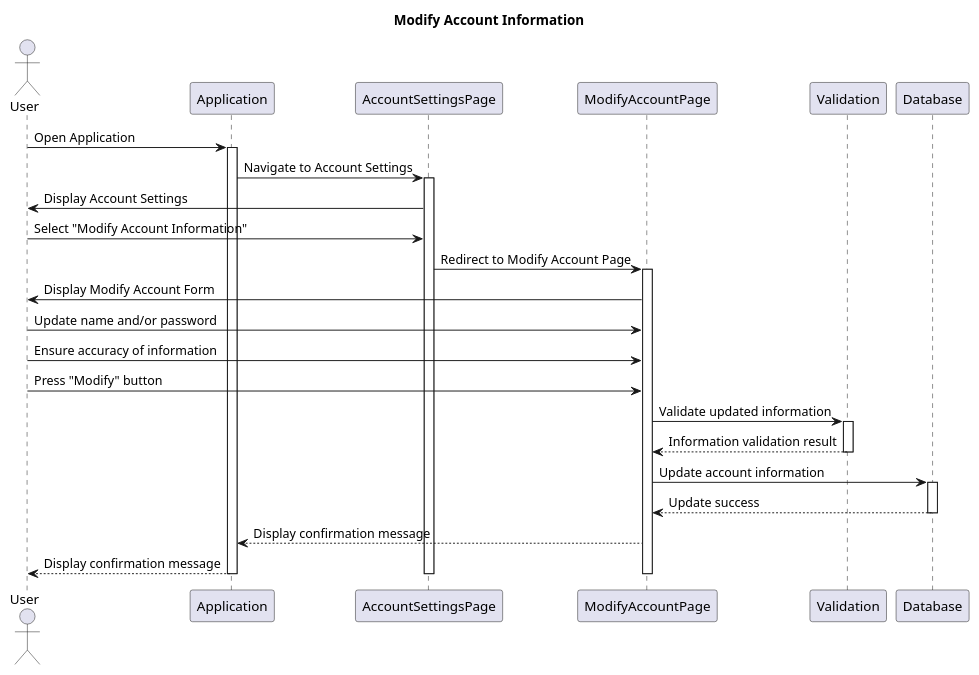
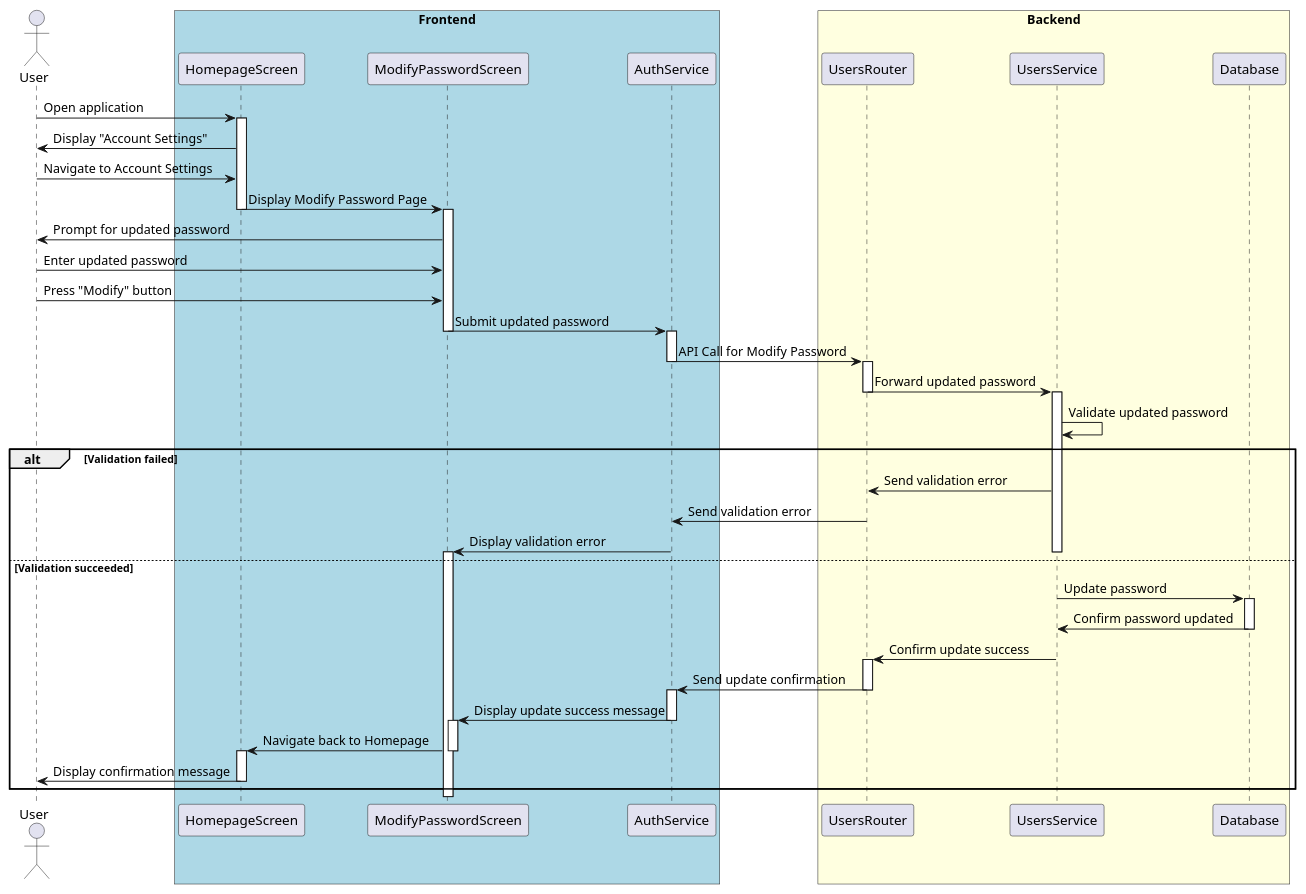
The diagram in backend/fastApiProject/Diagrams/Sequence Diagram - Modify Account Information.puml (LucaciuTabita/Thesis), drawn with PlantUML before and after one commit. The commit also changed 18 other files, not shown here.

Commit message:
Diagrams updated

```diff
--- a/backend/fastApiProject/Diagrams/Sequence Diagram - Modify Account Information.puml
+++ b/backend/fastApiProject/Diagrams/Sequence Diagram - Modify Account Information.puml
@@ -1,37 +1,66 @@
 @startuml
-title Modify Account Information
 
 actor User
-participant Application
-participant AccountSettingsPage
-participant ModifyAccountPage
-participant Validation
-participant Database
 
-User -> Application: Open Application
-activate Application
-Application -> AccountSettingsPage: Navigate to Account Settings
-activate AccountSettingsPage
-AccountSettingsPage -> User: Display Account Settings
-User -> AccountSettingsPage: Select "Modify Account Information"
-AccountSettingsPage -> ModifyAccountPage: Redirect to Modify Account Page
-activate ModifyAccountPage
-ModifyAccountPage -> User: Display Modify Account Form
-User -> ModifyAccountPage: Update name and/or password
-User -> ModifyAccountPage: Ensure accuracy of information
-User -> ModifyAccountPage: Press "Modify" button
-ModifyAccountPage -> Validation: Validate updated information
-activate Validation
-Validation --> ModifyAccountPage: Information validation result
-deactivate Validation
-ModifyAccountPage -> Database: Update account information
-activate Database
-Database --> ModifyAccountPage: Update success
-deactivate Database
-ModifyAccountPage --> Application: Display confirmation message
-Application --> User: Display confirmation message
-deactivate ModifyAccountPage
-deactivate AccountSettingsPage
-deactivate Application
+box "Frontend" #LightBlue
+    participant HomepageScreen as HS
+    participant ModifyPasswordScreen as MPS
+    participant AuthService as AS
+end box
+
+box "Backend" #LightYellow
+    participant UsersRouter as UR
+    participant UsersService as US
+    participant Database as DB
+end box
+
+User -> HS: Open application
+activate HS
+HS -> User: Display "Account Settings"
+User -> HS: Navigate to Account Settings
+HS -> MPS: Display Modify Password Page
+deactivate HS
+activate MPS
+MPS -> User: Prompt for updated password
+User -> MPS: Enter updated password
+User -> MPS: Press "Modify" button
+MPS -> AS: Submit updated password
+deactivate MPS
+activate AS
+AS -> UR: API Call for Modify Password
+deactivate AS
+activate UR
+UR -> US: Forward updated password
+deactivate UR
+activate US
+US -> US: Validate updated password
+alt Validation failed
+    US -> UR: Send validation error
+    UR -> AS: Send validation error
+    AS -> MPS: Display validation error
+    deactivate US
+    deactivate UR
+    deactivate AS
+    activate MPS
+else Validation succeeded
+    US -> DB: Update password
+    activate DB
+    DB -> US: Confirm password updated
+    deactivate DB
+    US -> UR: Confirm update success
+    activate UR
+    UR -> AS: Send update confirmation
+    deactivate US
+    deactivate UR
+    activate AS
+    AS -> MPS: Display update success message
+    deactivate AS
+    activate MPS
+    MPS -> HS: Navigate back to Homepage
+    deactivate MPS
+    activate HS
+    HS -> User: Display confirmation message
+    deactivate HS
+end
 
 @enduml
```
